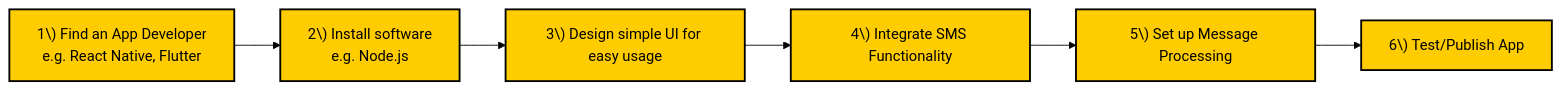
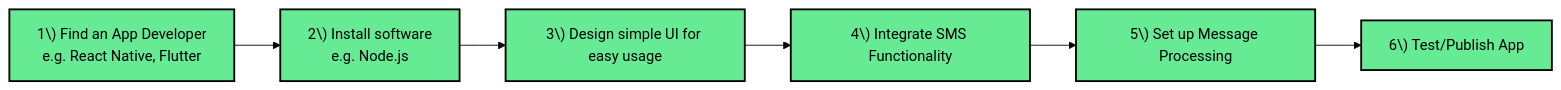
The first of 2 diagrams in CommsAppBuilding&EASGuide.md (hmelner/MeshtasticNetworkGuide), drawn with Mermaid (forest theme) before and after one commit.

````diff
--- a/CommsAppBuilding&EASGuide.md
+++ b/CommsAppBuilding&EASGuide.md
@@ -4,21 +4,21 @@
 ```mermaid
   graph LR
   A["1\) Find an App Developer<br>e.g. React Native, Flutter"]
-  style A fill:#ffcc00,stroke:#000000,stroke-width:2px
+  style A fill:#67ea94,stroke:#000000,stroke-width:2px
   B["2\) Install software<br>e.g. Node.js"]
-  style B fill:#ffcc00,stroke:#000000,stroke-width:2px
+  style B fill:#67ea94,stroke:#000000,stroke-width:2px
   C["3\) Design simple UI for easy usage"]
-  style C fill:#ffcc00,stroke:#000000,stroke-width:2px
+  style C fill:#67ea94,stroke:#000000,stroke-width:2px
   D["4\) Integrate SMS Functionality"]
-  style D fill:#ffcc00,stroke:#000000,stroke-width:2px
+  style D fill:#67ea94,stroke:#000000,stroke-width:2px
   E["5\) Set up Message Processing"]
-  style E fill:#ffcc00,stroke:#000000,stroke-width:2px
+  style E fill:#67ea94,stroke:#000000,stroke-width:2px
   F["6\) Test/Publish App"]
-  style F fill:#ffcc00,stroke:#000000,stroke-width:2px
+  style F fill:#67ea94,stroke:#000000,stroke-width:2px
 
   A-->B
   B-->C
   C-->D
   D-->E
   E-->F
 ```
````
